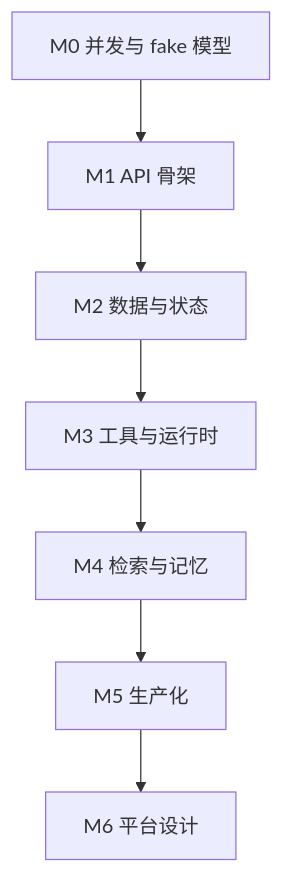
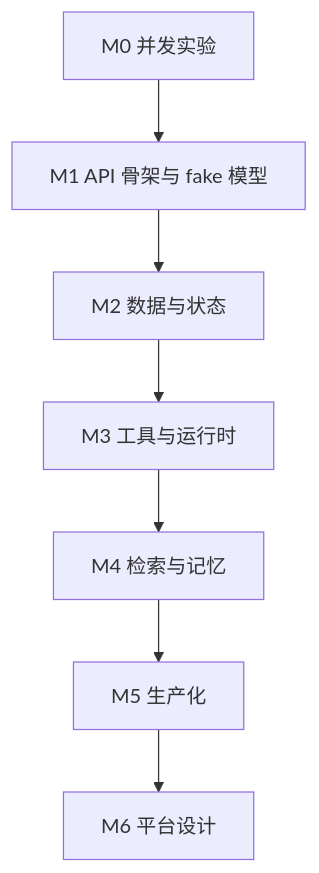
The second of 4 diagrams in lessons/README.md (lance2016/ai-app-engineering), drawn with Mermaid before and after one commit. The commit also changed other lines of this file and 1 other file, not shown here.

Commit message:
docs: refine part 0 api foundations

````diff
--- a/lessons/README.md
+++ b/lessons/README.md
@@ -156,9 +156,9 @@
 ```mermaid
 flowchart TB
-    M0["M0 并发与 fake 模型"] --> M1["M1 API 骨架"]
+    M0["M0 并发实验"] --> M1["M1 API 骨架与 fake 模型"]
     M1 --> M2["M2 数据与状态"]
     M2 --> M3["M3 工具与运行时"]
     M3 --> M4["M4 检索与记忆"]
     M4 --> M5["M5 生产化"]
     M5 --> M6["M6 平台设计"]
 ```
````
